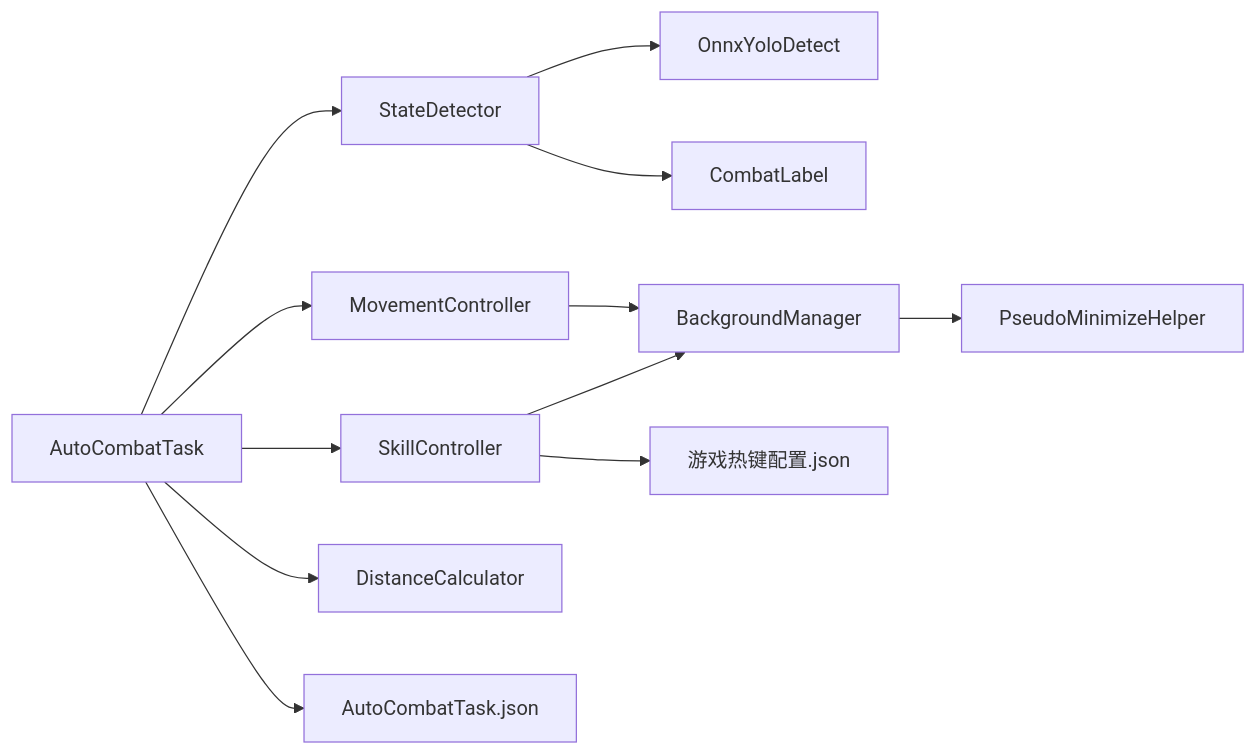
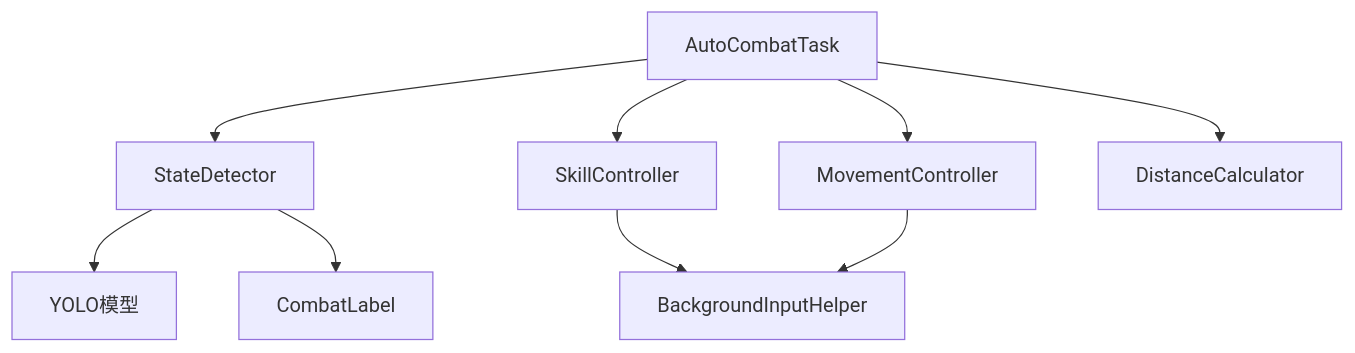
One commit to xsy098-max/ok-jump changed the sixth of 6 diagrams in .qoder/repowiki/zh/content/战斗系统/战斗系统.md. Above: the diagram before and after it, drawn with Mermaid. The commit also changed other lines of this file and 216 other files, not shown here.

````diff
--- a/.qoder/repowiki/zh/content/战斗系统/战斗系统.md
+++ b/.qoder/repowiki/zh/content/战斗系统/战斗系统.md
@@ -389,14 +313,11 @@
 ```mermaid
-graph LR
-AutoCombatTask["AutoCombatTask"] --> StateDetector["StateDetector"]
-AutoCombatTask --> MovementController["MovementController"]
-AutoCombatTask --> SkillController["SkillController"]
-AutoCombatTask --> DistanceCalculator["DistanceCalculator"]
-StateDetector --> OnnxYoloDetect["OnnxYoloDetect"]
-StateDetector --> CombatLabel["CombatLabel"]
-MovementController --> BackgroundManager["BackgroundManager"]
-SkillController --> BackgroundManager
-BackgroundManager --> PseudoMinimizeHelper["PseudoMinimizeHelper"]
-AutoCombatTask --> AutoCombatTask_json["AutoCombatTask.json"]
-SkillController --> HotkeyConfig["游戏热键配置.json"]
+graph TB
+ACT["AutoCombatTask"] --> SD["StateDetector"]
+ACT --> MC["MovementController"]
+ACT --> SC["SkillController"]
+ACT --> DC["DistanceCalculator"]
+SC --> BIH["BackgroundInputHelper"]
+MC --> BIH
+SD --> YOLO["YOLO模型"]
+SD --> CL["CombatLabel"]
 ```
````
